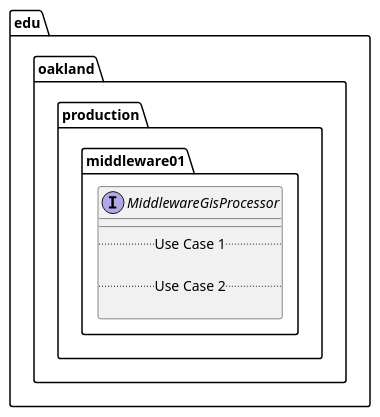
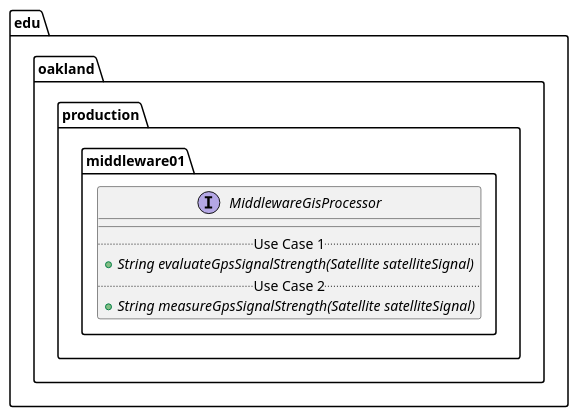
Before and after one commit to elilley15/csi-3370-software-project: the diagram in docs/uml-class-diagrams/middleware01/production/MiddlewareGisProcessor/MiddlewareGisProcessor.puml, drawn with PlantUML. The commit also changed 6 other files, not shown here.

First line of the commit message:
[Middleware_01] Create public UML diagrams (#11)

```diff
--- a/docs/uml-class-diagrams/middleware01/production/MiddlewareGisProcessor/MiddlewareGisProcessor.puml
+++ b/docs/uml-class-diagrams/middleware01/production/MiddlewareGisProcessor/MiddlewareGisProcessor.puml
@@ -1,13 +1,13 @@
 @startuml MiddlewareGisProcessor
 
 package edu.oakland.production.middleware01 {
     interface MiddlewareGisProcessor {
         __
         .. Use Case 1 ..
-
+        {abstract} + String evaluateGpsSignalStrength(Satellite satelliteSignal)
         .. Use Case 2 ..
-
+        {abstract} + String measureGpsSignalStrength(Satellite satelliteSignal)
     }
 }
 
 @enduml
```
